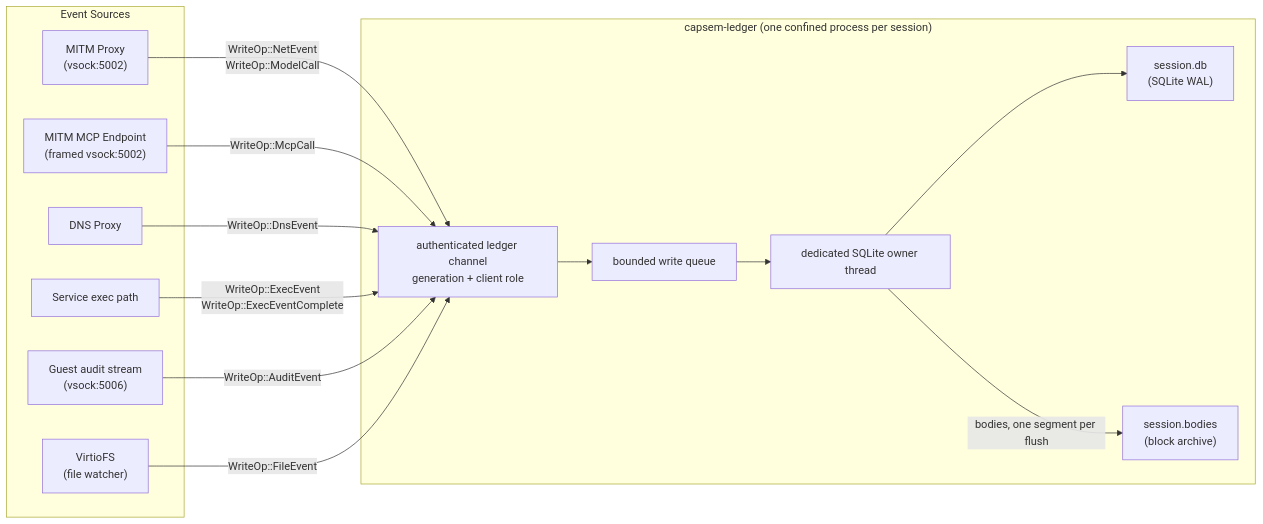
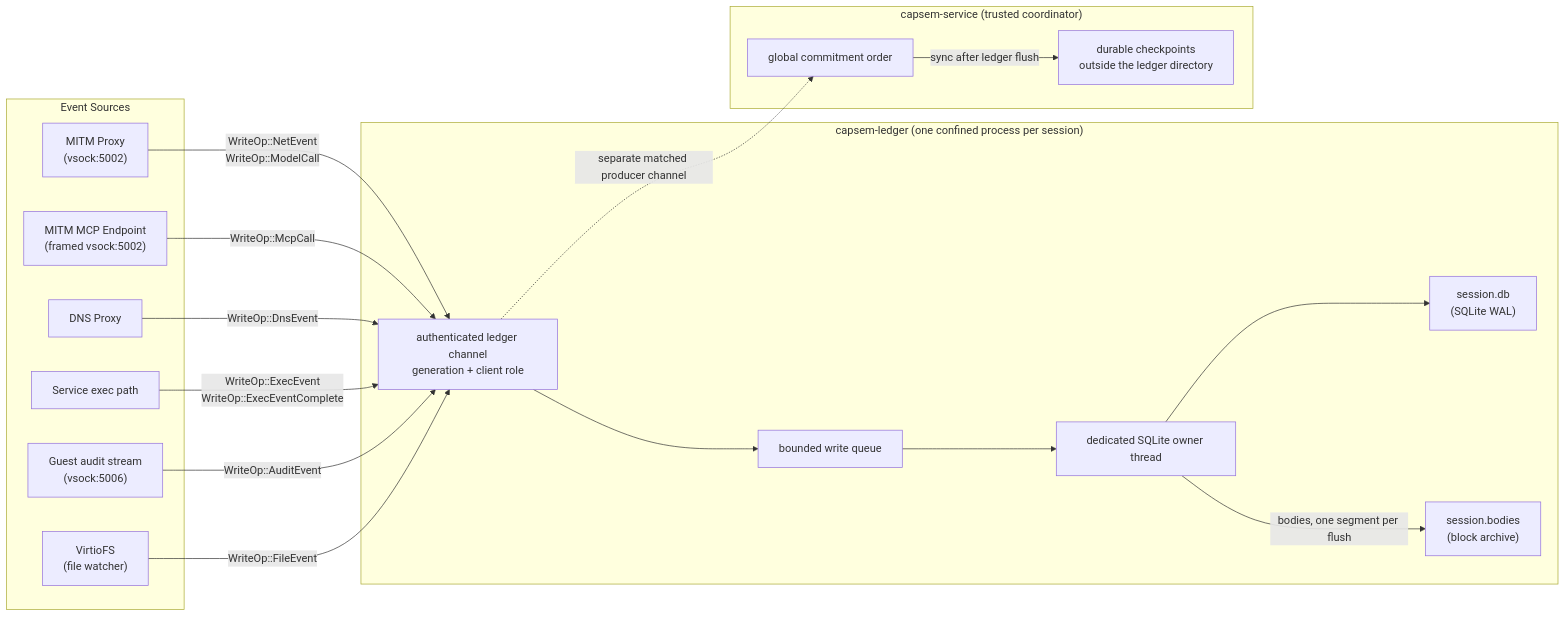
One commit to google/capsem changed the third of 4 diagrams in web/docs/src/content/docs/architecture/session-telemetry.md. Above: the diagram before and after it, drawn with Mermaid. The commit also changed other lines of this file and 2 other files, not shown here.

Commit message:
docs(architecture): define ledger commitment proof

````diff
--- a/web/docs/src/content/docs/architecture/session-telemetry.md
+++ b/web/docs/src/content/docs/architecture/session-telemetry.md
@@ -639,30 +652,37 @@
 ```mermaid
 graph LR
     subgraph "Event Sources"
         MITM["MITM Proxy<br/>(vsock:5002)"]
         MCP["MITM MCP Endpoint<br/>(framed vsock:5002)"]
         DNS["DNS Proxy"]
         EXEC["Service exec path"]
         AUDIT["Guest audit stream<br/>(vsock:5006)"]
         FS["VirtioFS<br/>(file watcher)"]
     end
 
     subgraph "capsem-ledger (one confined process per session)"
         IPC["authenticated ledger channel<br/>generation + client role"]
         CH["bounded write queue"]
         WT["dedicated SQLite owner thread"]
         DB["session.db<br/>(SQLite WAL)"]
         BODIES["session.bodies<br/>(block archive)"]
     end
 
+    subgraph "capsem-service (trusted coordinator)"
+        ORDER["global commitment order"]
+        CHECKPOINTS["durable checkpoints<br/>outside the ledger directory"]
+    end
+
     MITM -->|"WriteOp::NetEvent<br/>WriteOp::ModelCall"| IPC
     MCP -->|"WriteOp::McpCall"| IPC
     DNS -->|"WriteOp::DnsEvent"| IPC
     EXEC -->|"WriteOp::ExecEvent<br/>WriteOp::ExecEventComplete"| IPC
     AUDIT -->|"WriteOp::AuditEvent"| IPC
     FS -->|"WriteOp::FileEvent"| IPC
     IPC --> CH
+    IPC -.->|"separate matched producer channel"| ORDER
     CH --> WT
     WT --> DB
     WT -->|"bodies, one segment per flush"| BODIES
+    ORDER -->|"sync after ledger flush"| CHECKPOINTS
 ```
````
